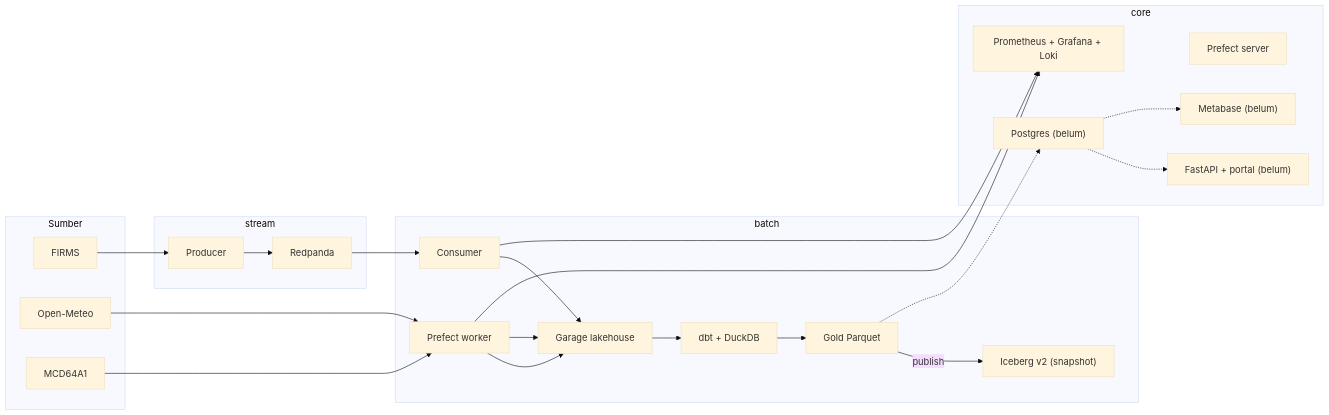
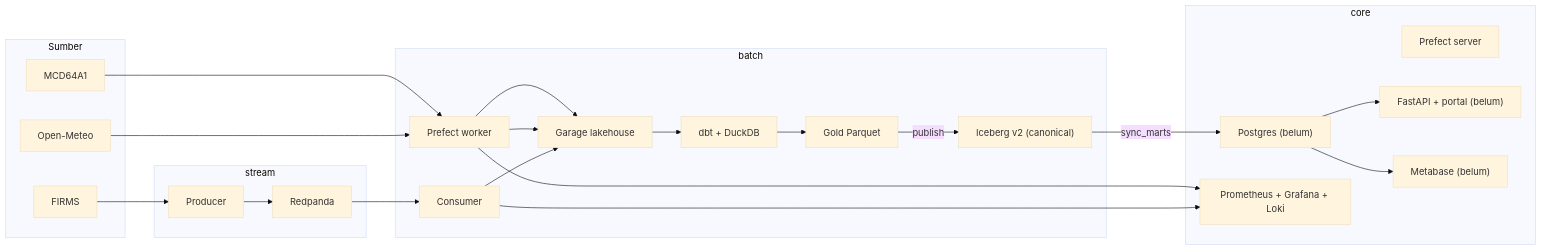
The diagram in docs/architecture.md (prayudahlah/karhutla-data-platform), drawn with Mermaid (base theme) before and after one commit. The commit also changed other lines of this file and 23 other files, not shown here.

````diff
--- a/docs/architecture.md
+++ b/docs/architecture.md
@@ -20,41 +20,41 @@
 ```mermaid
 flowchart LR
   subgraph S["Sumber"]
     F["FIRMS"]
     O["Open-Meteo"]
     M["MCD64A1"]
   end
 
   subgraph ST["stream"]
     P["Producer"]
     R["Redpanda"]
   end
 
   subgraph B["batch"]
     C["Consumer"]
     G["Garage lakehouse"]
     PF["Prefect worker"]
     D["dbt + DuckDB"]
     GD["Gold Parquet"]
-    ICE["Iceberg v2 (snapshot)"]
+    ICE["Iceberg v2 (canonical)"]
   end
 
   subgraph CO["core"]
     PG["Postgres (belum)"]
     PS["Prefect server"]
     API["FastAPI + portal (belum)"]
     MB["Metabase (belum)"]
     OBS["Prometheus + Grafana + Loki"]
   end
 
   F --> P --> R --> C --> G
   O --> PF --> G
   M --> PF --> G
   G --> D --> GD
   GD -->|publish| ICE
-  GD -.-> PG
-  PG -.-> API
-  PG -.-> MB
+  ICE -->|sync_marts| PG
+  PG --> API
+  PG --> MB
   C --> OBS
   PF --> OBS
 ```
````
